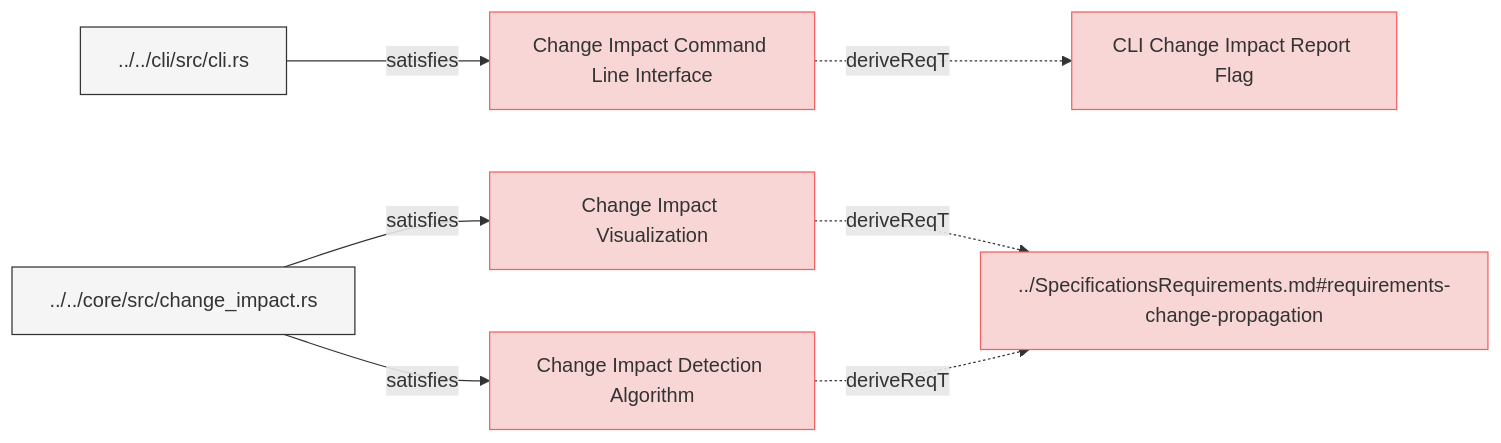
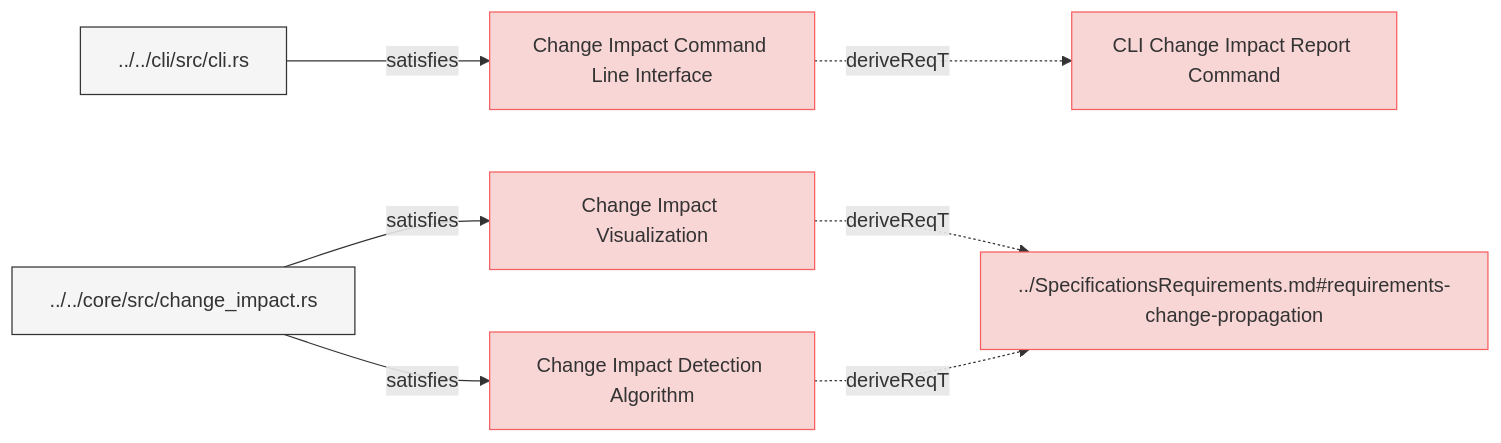
Before and after one commit to reqvire-org/reqvire: the diagram in specifications/SystemRequirements/ChangeImpactPropagation.md, drawn with Mermaid. The commit also changed other lines of this file and 29 other files, not shown here.

````diff
--- a/specifications/SystemRequirements/ChangeImpactPropagation.md
+++ b/specifications/SystemRequirements/ChangeImpactPropagation.md
@@ -6,39 +6,39 @@
 ```mermaid
 graph LR;
   %% Graph styling
   classDef requirement fill:#f9d6d6,stroke:#f55f5f,stroke-width:1px;
   classDef verification fill:#d6f9d6,stroke:#5fd75f,stroke-width:1px;
   classDef externalLink fill:#d0e0ff,stroke:#3080ff,stroke-width:1px;
   classDef default fill:#f5f5f5,stroke:#333333,stroke-width:1px;
 
   37a75398bd174177["Change Impact Command Line Interface"];
   class 37a75398bd174177 requirement;
   click 37a75398bd174177 "ChangeImpactPropagation.md#change-impact-command-line-interface";
-  d62e8e714c37d1ad["CLI Change Impact Report Flag"];
-  class d62e8e714c37d1ad requirement;
-  click d62e8e714c37d1ad "Requirements.md#cli-change-impact-report-flag";
-  37a75398bd174177 -.->|deriveReqT| d62e8e714c37d1ad;
+  4c9ae0a2fb751ce6["CLI Change Impact Report Command"];
+  class 4c9ae0a2fb751ce6 requirement;
+  click 4c9ae0a2fb751ce6 "Requirements.md#cli-change-impact-report-command";
+  37a75398bd174177 -.->|deriveReqT| 4c9ae0a2fb751ce6;
   80defdd4cbc7ee18["../../cli/src/cli.rs"];
   class 80defdd4cbc7ee18 default;
   click 80defdd4cbc7ee18 "../../cli/src/cli.rs";
   80defdd4cbc7ee18 -->|satisfies| 37a75398bd174177;
   4ba519ed09b81863["Change Impact Visualization"];
   class 4ba519ed09b81863 requirement;
   click 4ba519ed09b81863 "ChangeImpactPropagation.md#change-impact-visualization";
   2054606d7574a553["../SpecificationsRequirements.md#requirements-change-propagation"];
   class 2054606d7574a553 requirement;
   click 2054606d7574a553 "../SpecificationsRequirements.md#requirements-change-propagation";
   4ba519ed09b81863 -.->|deriveReqT| 2054606d7574a553;
   4b89dbed94c08c3e["../../core/src/change_impact.rs"];
   class 4b89dbed94c08c3e default;
   click 4b89dbed94c08c3e "../../core/src/change_impact.rs";
   4b89dbed94c08c3e -->|satisfies| 4ba519ed09b81863;
   c8d1020a3844532d["Change Impact Detection Algorithm"];
   class c8d1020a3844532d requirement;
   click c8d1020a3844532d "ChangeImpactPropagation.md#change-impact-detection-algorithm";
   c8d1020a3844532d -.->|deriveReqT| 2054606d7574a553;
   4b89dbed94c08c3e["../../core/src/change_impact.rs"];
   class 4b89dbed94c08c3e default;
   click 4b89dbed94c08c3e "../../core/src/change_impact.rs";
   4b89dbed94c08c3e -->|satisfies| c8d1020a3844532d;
 ```
````
